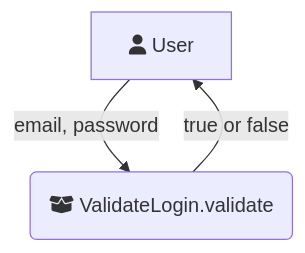
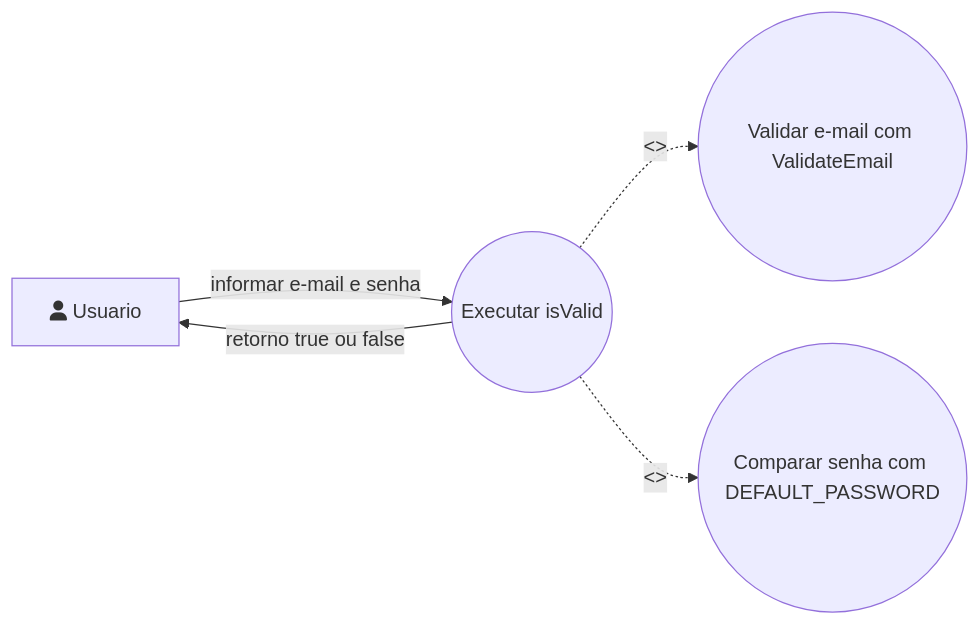
Before and after one commit to RenatoGarciaLopes/JavaIradoNoTxt: the diagram in ValidateLogin/validate-login-use-case.uml.mermaid, drawn with Mermaid.

Commit message:
docs: uml de caso de uso para validação de login

```diff
--- a/ValidateLogin/validate-login-use-case.uml.mermaid
+++ b/ValidateLogin/validate-login-use-case.uml.mermaid
@@ -1,6 +1,10 @@
-flowchart TD
-    A[fa:fa-user User]
-    B(fa:fa-box-open ValidateLogin.validate)
+flowchart LR
+    A[fa:fa-user Usuario]
+    B((Executar isValid))
+    C((Validar e-mail com ValidateEmail))
+    D((Comparar senha com DEFAULT_PASSWORD))
 
-    A -->| email, password | B
-    B -->| true or false | A
+    A -->|informar e-mail e senha| B
+    B -.->|"<<include>>"| C
+    B -.->|"<<include>>"| D
+    B -->|retorno true ou false| A
```
